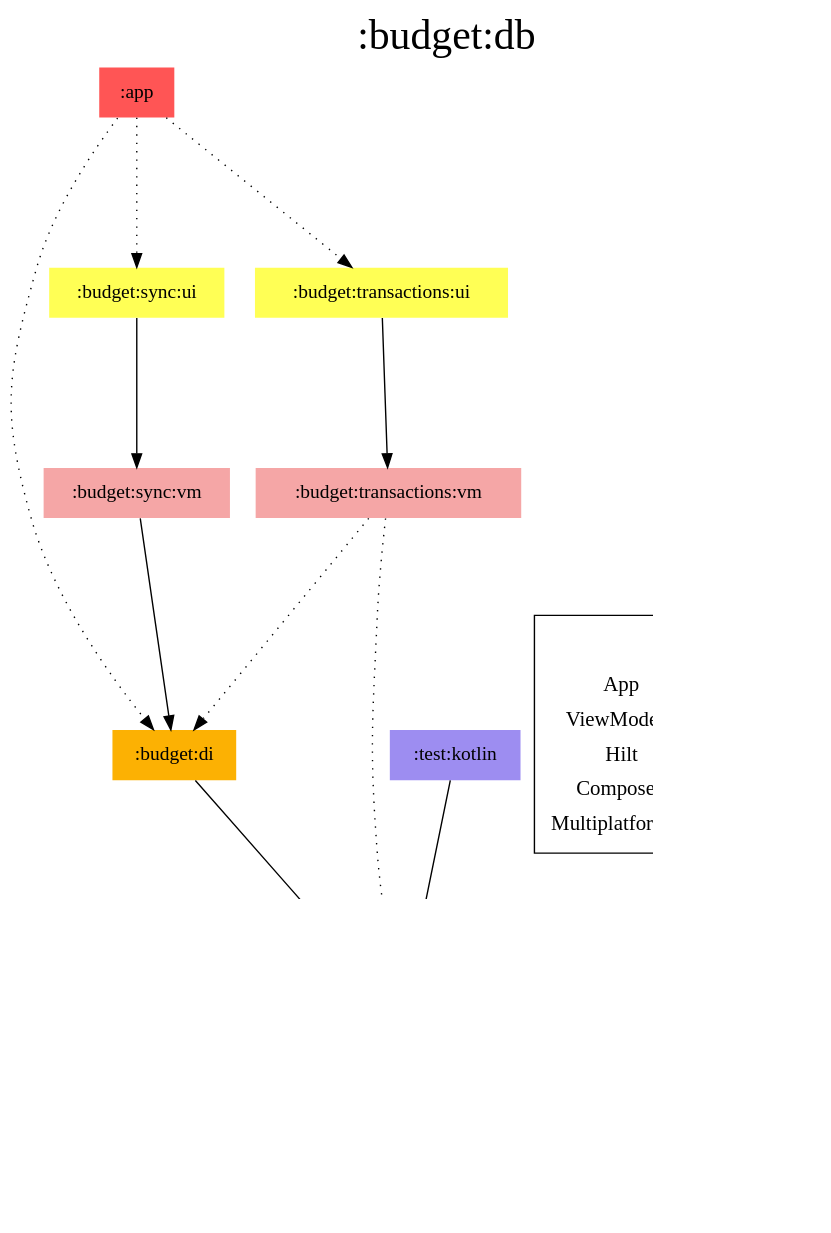
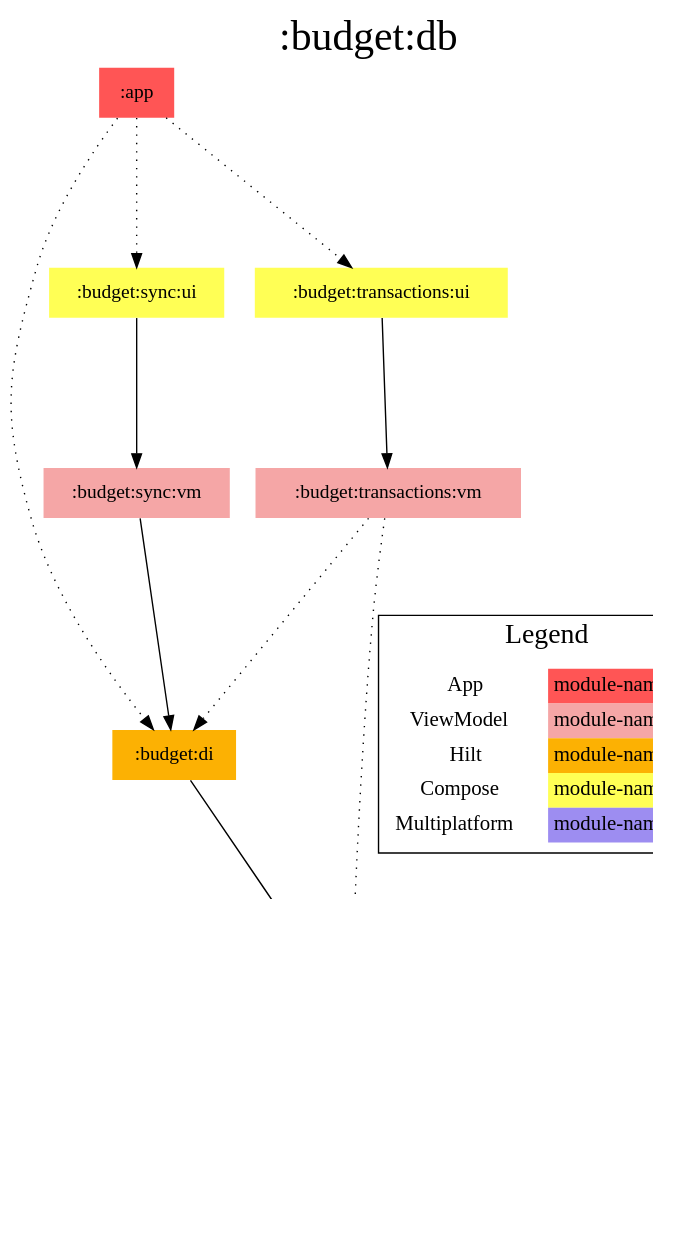
Before and after one commit to jonapoul/aktual: the diagram in modules/budget/db/modules.dot, drawn with Graphviz. The commit also changed 26 other files, not shown here.

Commit message:
Remove test modules from graphs

```diff
--- a/modules/budget/db/modules.dot
+++ b/modules/budget/db/modules.dot
@@ -1,45 +1,43 @@
 digraph {
 edge ["dir"="forward"]
 graph ["dpi"="100","label"=":budget:db","labelloc"="t","fontsize"="30","ranksep"="1.5","rankdir"="TB"]
 node ["style"="filled"]
 ":app" ["fillcolor"="#FF5555","shape"="none"]
 ":budget:db" ["fillcolor"="#9D8DF1","color"="black","penwidth"="3","shape"="box"]
 ":budget:di" ["fillcolor"="#FCB103","shape"="none"]
 ":budget:model" ["fillcolor"="#9D8DF1","shape"="none"]
 ":budget:sync:ui" ["fillcolor"="#FFFF55","shape"="none"]
 ":budget:sync:vm" ["fillcolor"="#F5A6A6","shape"="none"]
 ":budget:transactions:ui" ["fillcolor"="#FFFF55","shape"="none"]
 ":budget:transactions:vm" ["fillcolor"="#F5A6A6","shape"="none"]
 ":core:model" ["fillcolor"="#9D8DF1","shape"="none"]
-":test:kotlin" ["fillcolor"="#9D8DF1","shape"="none"]
 {
 edge ["dir"="none"]
 graph ["rank"="same"]
 ":budget:db"
 }
 ":app" -> ":budget:di" ["style"="dotted"]
 ":app" -> ":budget:sync:ui" ["style"="dotted"]
 ":app" -> ":budget:transactions:ui" ["style"="dotted"]
 ":budget:db" -> ":budget:model"
 ":budget:db" -> ":core:model"
 ":budget:di" -> ":budget:db"
 ":budget:sync:ui" -> ":budget:sync:vm"
 ":budget:sync:vm" -> ":budget:di"
 ":budget:transactions:ui" -> ":budget:transactions:vm"
 ":budget:transactions:vm" -> ":budget:db" ["style"="dotted"]
 ":budget:transactions:vm" -> ":budget:di" ["style"="dotted"]
-":test:kotlin" -> ":budget:db"
 subgraph "cluster_legend" {
 edge ["dir"="none"]
 graph ["label"="Legend","fontsize"="20"]
 "Legend" ["style"="filled","fillcolor"="#FFFFFF","shape"="none","margin"="0","fontsize"="15","label"=<
 <TABLE BORDER="0" CELLBORDER="0" CELLSPACING="0" CELLPADDING="4">
 <TR><TD>App</TD><TD BGCOLOR="#FF5555">module-name</TD></TR>
 <TR><TD>ViewModel</TD><TD BGCOLOR="#F5A6A6">module-name</TD></TR>
 <TR><TD>Hilt</TD><TD BGCOLOR="#FCB103">module-name</TD></TR>
 <TR><TD>Compose</TD><TD BGCOLOR="#FFFF55">module-name</TD></TR>
 <TR><TD>Multiplatform</TD><TD BGCOLOR="#9D8DF1">module-name</TD></TR>
 </TABLE>
 >]
 } -> ":budget:db" ["style"="invis"]
 }
```
